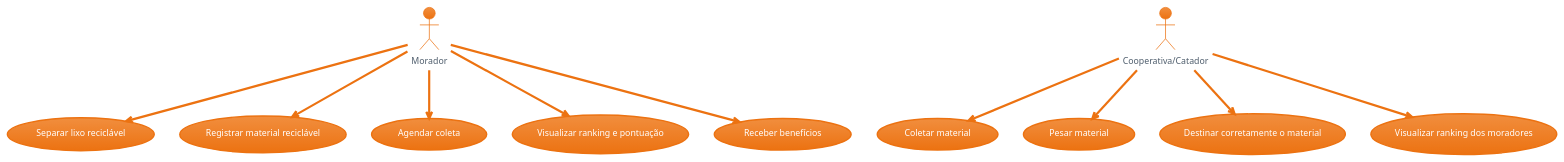
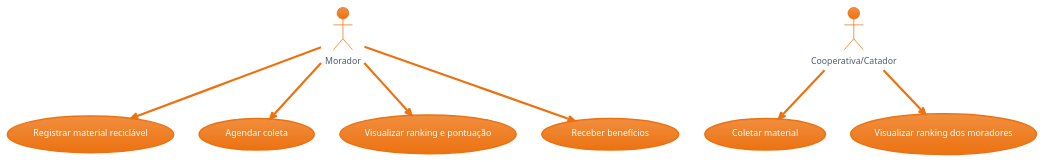
The diagram in Diagramas/uc_projeto.puml (Larissa23456/Projeto-ReciclagemParaTodos), drawn with PlantUML before and after one commit.

Commit message:
Atualizei conforme os feedbacks da Professora

```diff
--- a/Diagramas/uc_projeto.puml
+++ b/Diagramas/uc_projeto.puml
@@ -1,19 +1,15 @@
 @startuml
 !theme aws-orange
 
 actor Morador
 actor "Cooperativa/Catador" as Cooperativa
 
-Morador --> (Separar lixo reciclável)
 Morador --> (Registrar material reciclável)
 Morador --> (Agendar coleta)
 Morador --> (Visualizar ranking e pontuação)
 Morador --> (Receber benefícios)
 
 Cooperativa --> (Coletar material)
-Cooperativa --> (Pesar material)
-Cooperativa --> (Destinar corretamente o material)
 Cooperativa --> (Visualizar ranking dos moradores)
 
-
 @enduml
```
